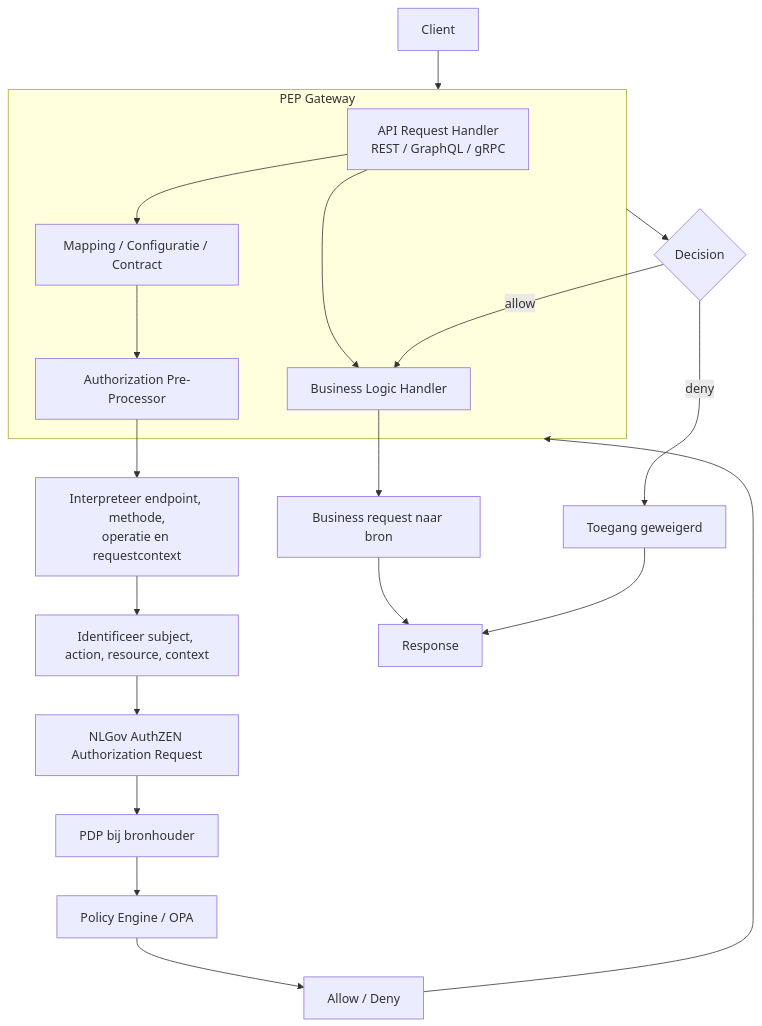
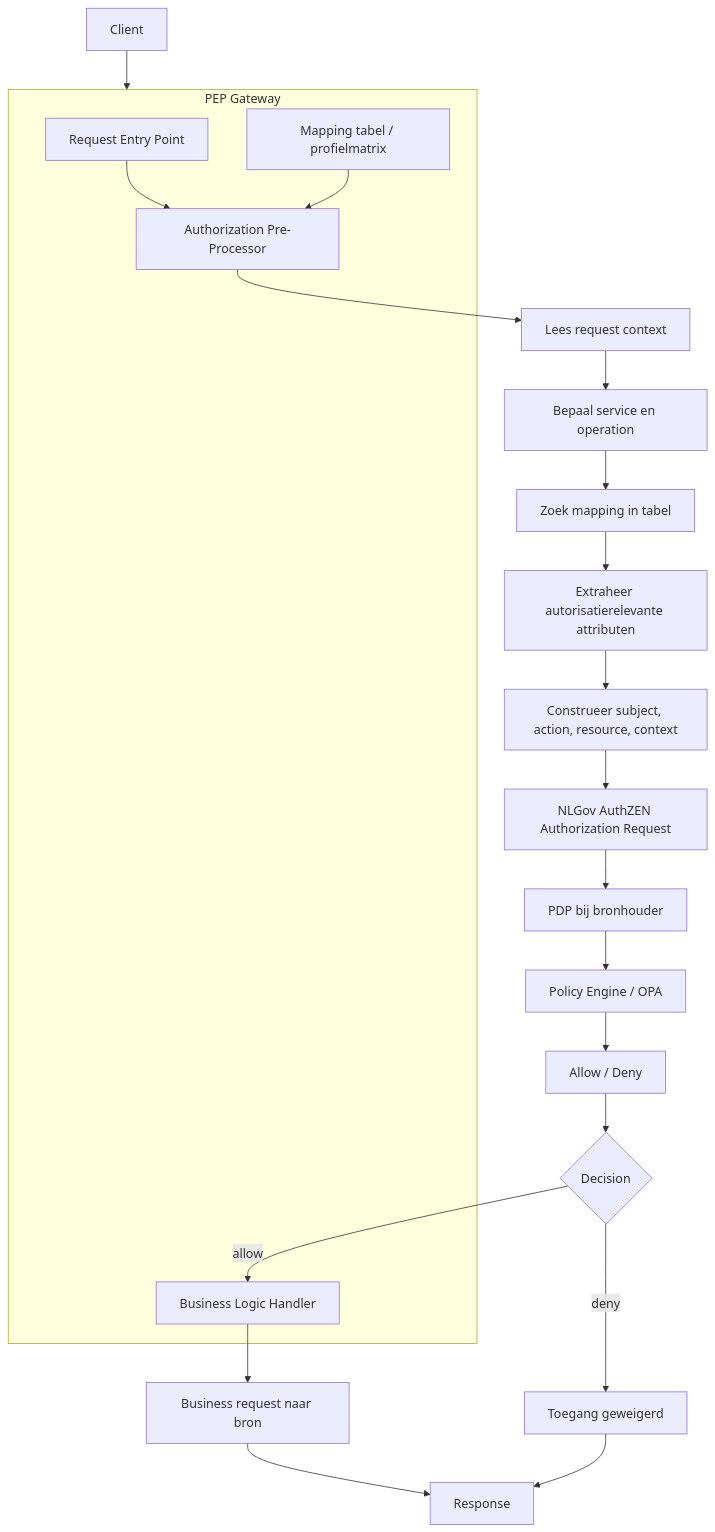
One commit to iStandaarden/iWlz-RequestForComment changed the third of 3 diagrams in RFC/RFC0052 - Autorisatie standaardisatie.md. Above: the diagram before and after it, drawn with Mermaid. The commit also changed other lines of this file, not shown here.

````diff
--- a/RFC/RFC0052 - Autorisatie standaardisatie.md
+++ b/RFC/RFC0052 - Autorisatie standaardisatie.md
@@ -171,32 +170,33 @@
 ```mermaid
 flowchart TD
     A[Client] --> B[PEP Gateway]
 
     subgraph B[PEP Gateway]
-        C[API Request Handler<br/>REST / GraphQL / gRPC]
-        D[Mapping / Configuratie / Contract]
-        E[Authorization Pre-Processor]
-        F[Business Logic Handler]
+        C[Request Entry Point]
+        D[Authorization Pre-Processor]
+        E[Business Logic Handler]
+        T[Mapping tabel / profielmatrix]
     end
 
     C --> D
-    D --> E
-    C --> F
+    T --> D
 
-    E --> E1[Interpreteer endpoint, methode,<br/>operatie en requestcontext]
-    E1 --> E2[Identificeer subject, action, resource, context]
-    E2 --> G[NLGov AuthZEN Authorization Request]
+    D --> D1[Lees request context]
+    D1 --> D2[Bepaal service en operation]
+    D2 --> D3[Zoek mapping in tabel]
+    D3 --> D4[Extraheer autorisatierelevante attributen]
+    D4 --> D5[Construeer subject, action, resource, context]
+    D5 --> G[NLGov AuthZEN Authorization Request]
 
     G --> H[PDP bij bronhouder]
     H --> I[Policy Engine / OPA]
     I --> J[Allow / Deny]
 
-    J --> B
-    B --> K{Decision}
-    K -->|allow| F
+    J --> K{Decision}
+    K -->|allow| E
     K -->|deny| L[Toegang geweigerd]
 
-    F --> M[Business request naar bron]
+    E --> M[Business request naar bron]
     M --> N[Response]
     L --> N
 ```
````
